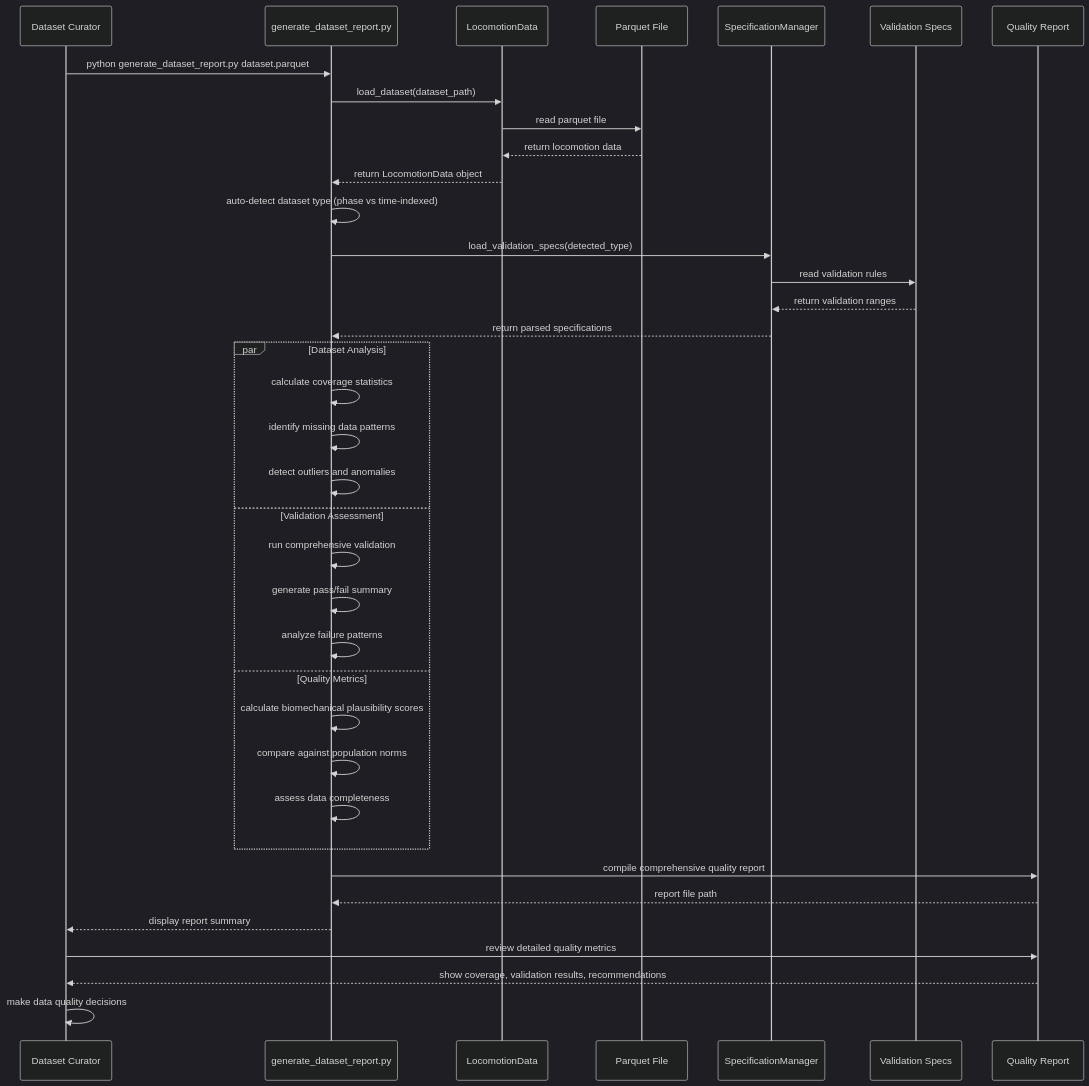
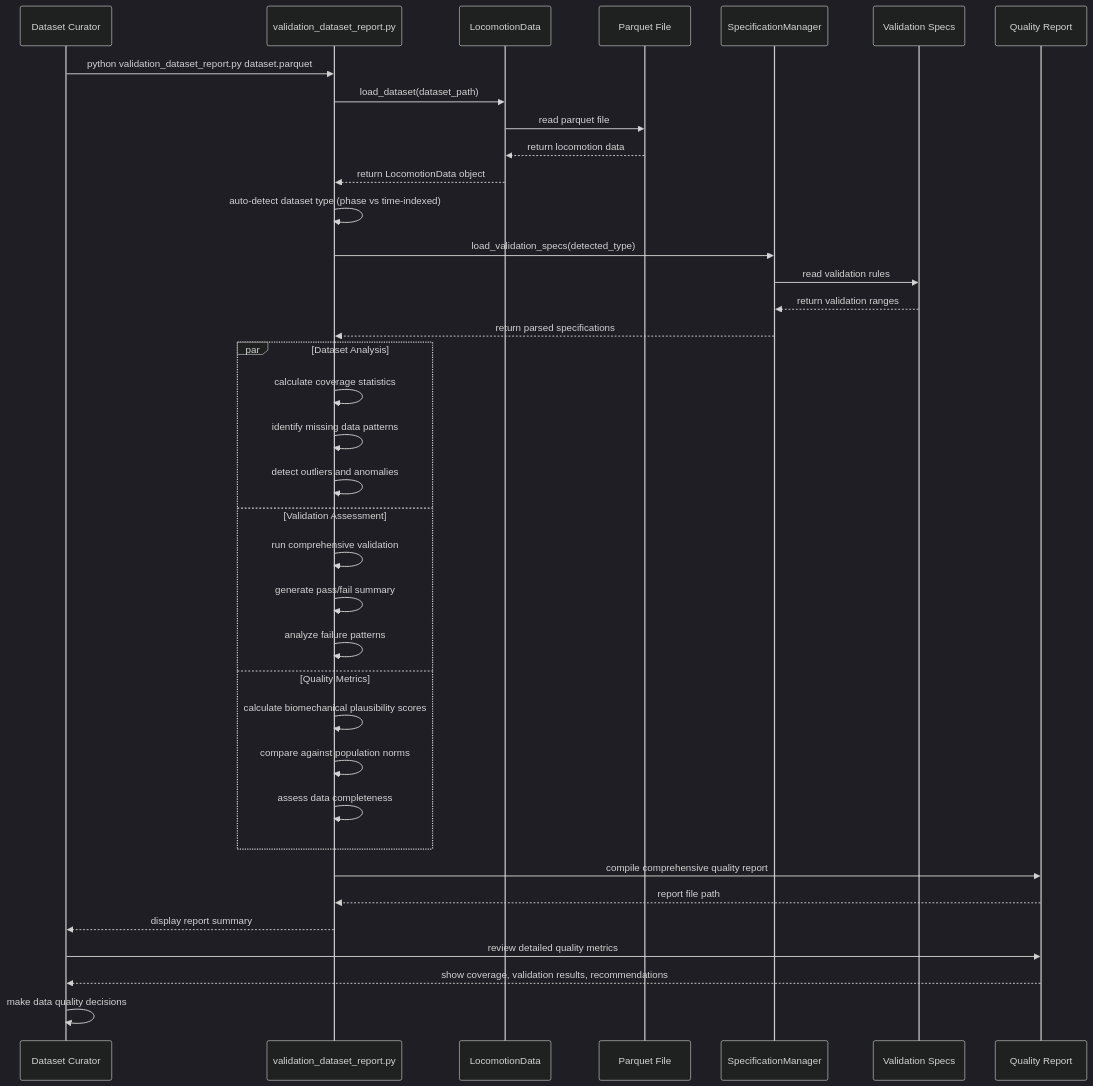
One commit to jmontp/LocoHub changed the third of 4 diagrams in docs/software_engineering/06_sequence_workflows.md. Above: the diagram before and after it, drawn with Mermaid. The commit also changed other lines of this file and 2 other files, not shown here.

````diff
--- a/docs/software_engineering/06_sequence_workflows.md
+++ b/docs/software_engineering/06_sequence_workflows.md
@@ -123,45 +123,45 @@
 ```mermaid
 %%{init: {'theme': 'dark'}}%%
 sequenceDiagram
     participant DC as Dataset Curator
-    participant GR as generate_dataset_report.py
+    participant GR as validation_dataset_report.py
     participant LD as LocomotionData
     participant PF as Parquet File
     participant SM as SpecificationManager
     participant VS as Validation Specs
     participant QR as Quality Report
 
-    DC->>GR: python generate_dataset_report.py dataset.parquet
+    DC->>GR: python validation_dataset_report.py dataset.parquet
     GR->>LD: load_dataset(dataset_path)
     LD->>PF: read parquet file
     PF-->>LD: return locomotion data
     LD-->>GR: return LocomotionData object
     
     GR->>GR: auto-detect dataset type (phase vs time-indexed)
     GR->>SM: load_validation_specs(detected_type)
     SM->>VS: read validation rules
     VS-->>SM: return validation ranges
     SM-->>GR: return parsed specifications
     
     par Dataset Analysis
         GR->>GR: calculate coverage statistics
         GR->>GR: identify missing data patterns
         GR->>GR: detect outliers and anomalies
     and Validation Assessment
         GR->>GR: run comprehensive validation
         GR->>GR: generate pass/fail summary
         GR->>GR: analyze failure patterns
     and Quality Metrics
         GR->>GR: calculate biomechanical plausibility scores
         GR->>GR: compare against population norms
         GR->>GR: assess data completeness
     end
     
     GR->>QR: compile comprehensive quality report
     QR-->>GR: report file path
     GR-->>DC: display report summary
     
     DC->>QR: review detailed quality metrics
     QR-->>DC: show coverage, validation results, recommendations
     DC->>DC: make data quality decisions
 ```
````
